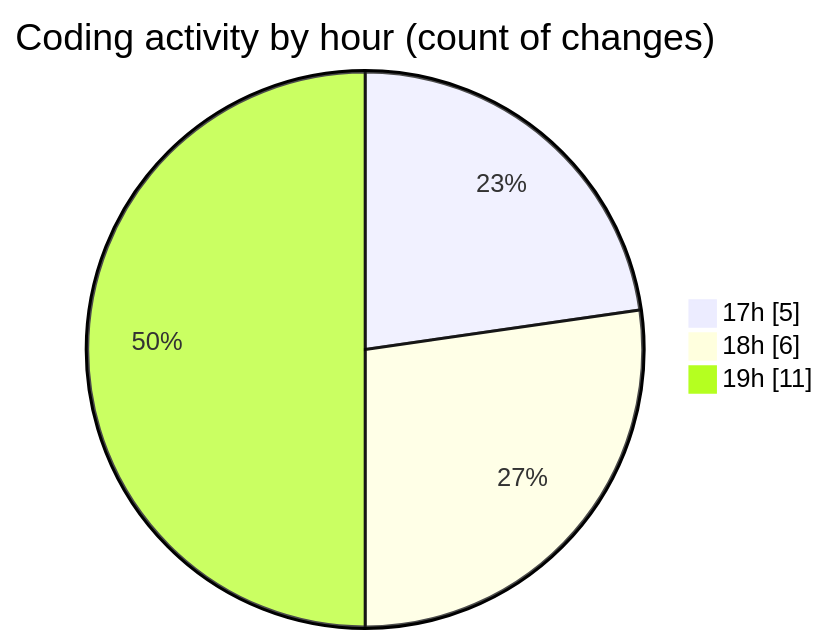
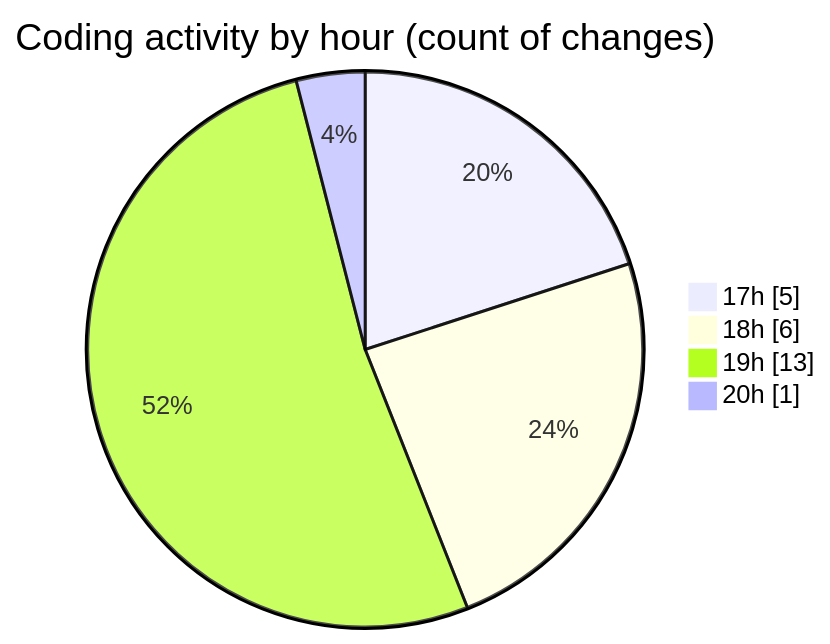
Before and after one commit to tmsrecording-cyber/code-tracking: the second of 2 diagrams in 2026-02-01/singularitybrainai/README.md, drawn with Mermaid. The commit also changed other lines of this file and 1 other file, not shown here.

````diff
--- a/2026-02-01/singularitybrainai/README.md
+++ b/2026-02-01/singularitybrainai/README.md
@@ -34,7 +34,8 @@
 ```mermaid
 pie showData
 title Coding activity by hour (count of changes)
 "17h" : 5
 "18h" : 6
-"19h" : 11
+"19h" : 13
+"20h" : 1
 ```
````
